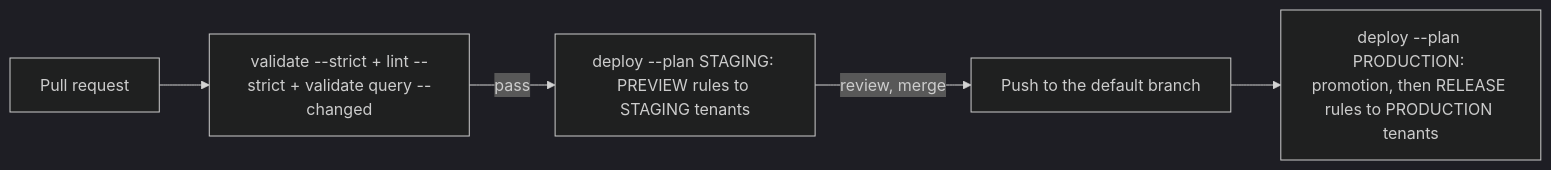
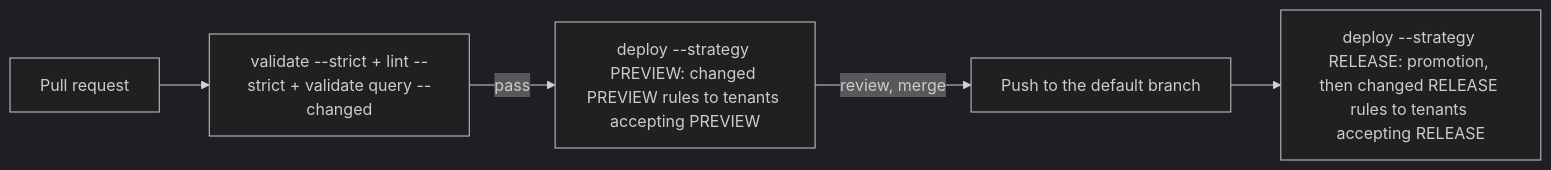
One commit to opentidehq/opentide changed the diagram in docs/usage/workflows/ci-cd.md. Above: the diagram before and after it, drawn with Mermaid (dark theme). The commit also changed other lines of this file and 123 other files, not shown here.

First line of the commit message:
feat!: deploy by status strategy; remove deployment plans

````diff
--- a/docs/usage/workflows/ci-cd.md
+++ b/docs/usage/workflows/ci-cd.md
@@ -10,7 +10,7 @@
 ```mermaid
 flowchart LR
   pr["Pull request"] --> validate["validate --strict + lint --strict + validate query --changed"]
-  validate -->|pass| preview["deploy --plan STAGING: PREVIEW rules to STAGING tenants"]
+  validate -->|pass| preview["deploy --strategy PREVIEW: changed PREVIEW rules to tenants accepting PREVIEW"]
   preview -->|review, merge| merge["Push to the default branch"]
-  merge --> release["deploy --plan PRODUCTION: promotion, then RELEASE rules to PRODUCTION tenants"]
+  merge --> release["deploy --strategy RELEASE: promotion, then changed RELEASE rules to tenants accepting RELEASE"]
 ```
````
